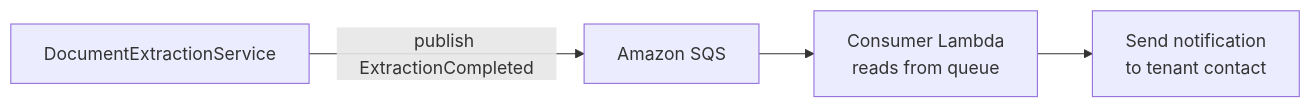
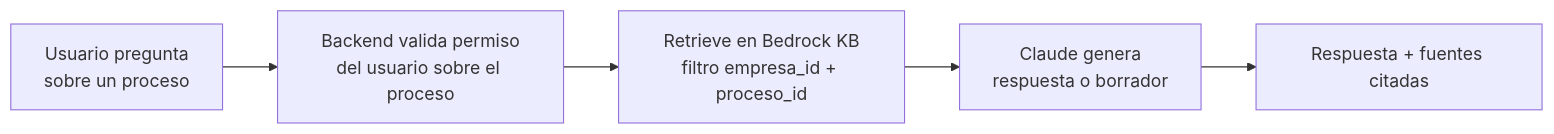
One commit to cincuentaydos/DocLens.Docs changed the sixth of 6 diagrams in docs/data-flow.md. Above: the diagram before and after it, drawn with Mermaid. The commit also changed other lines of this file and 25 other files, not shown here.

````diff
--- a/docs/data-flow.md
+++ b/docs/data-flow.md
@@ -236,6 +206,7 @@
 ```mermaid
 flowchart LR
-    A["DocumentExtractionService"] -->|"publish ExtractionCompleted"| B["Amazon SQS"]
-    B --> C["Consumer Lambda\nreads from queue"]
-    C --> D["Send notification\nto tenant contact"]
+    A["Usuario pregunta\nsobre un proceso"] --> B["Backend valida permiso\ndel usuario sobre el proceso"]
+    B --> C["Retrieve en Bedrock KB\nfiltro empresa_id + proceso_id"]
+    C --> D["Claude genera\nrespuesta o borrador"]
+    D --> E["Respuesta + fuentes citadas"]
 ```
````
